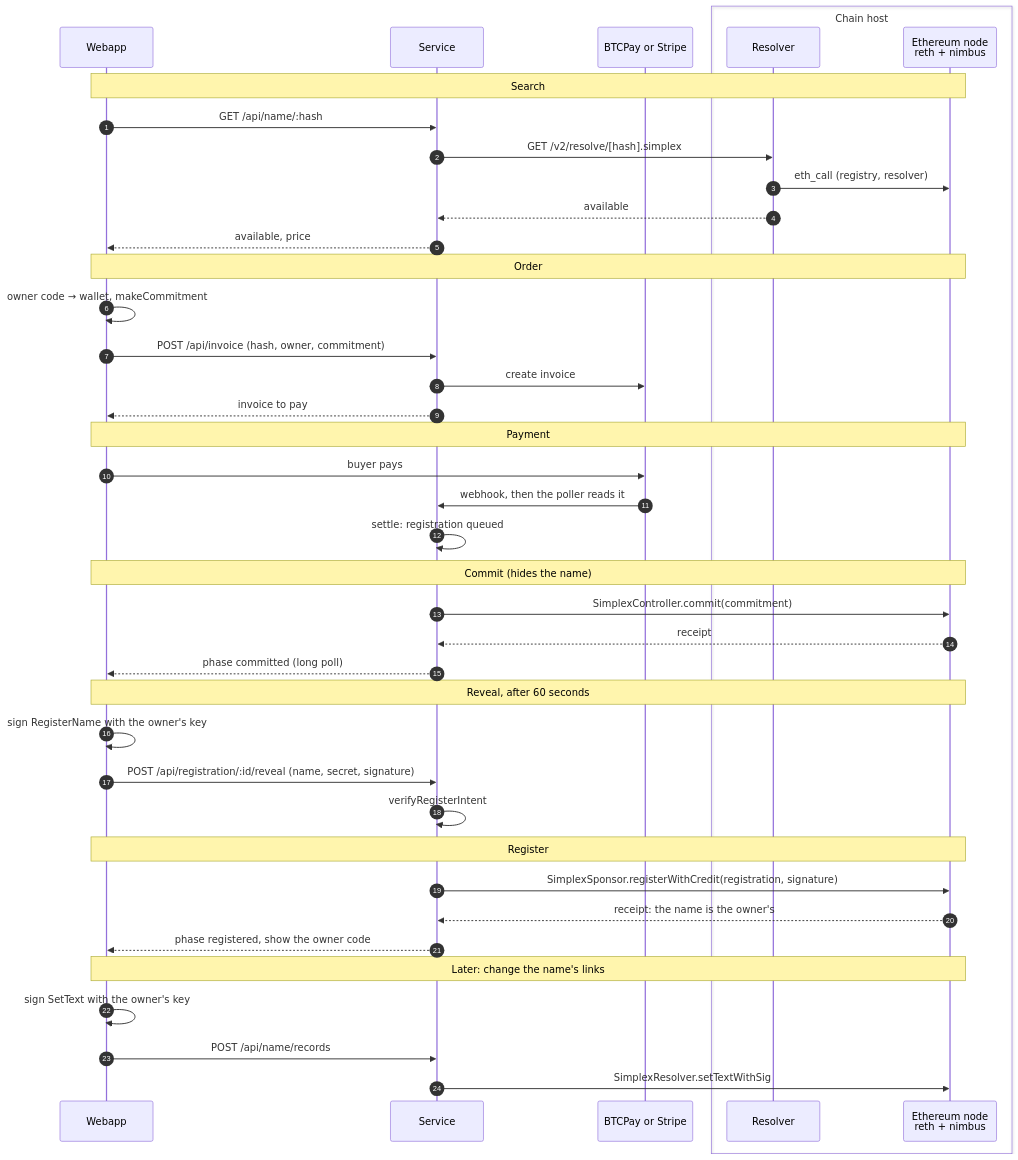
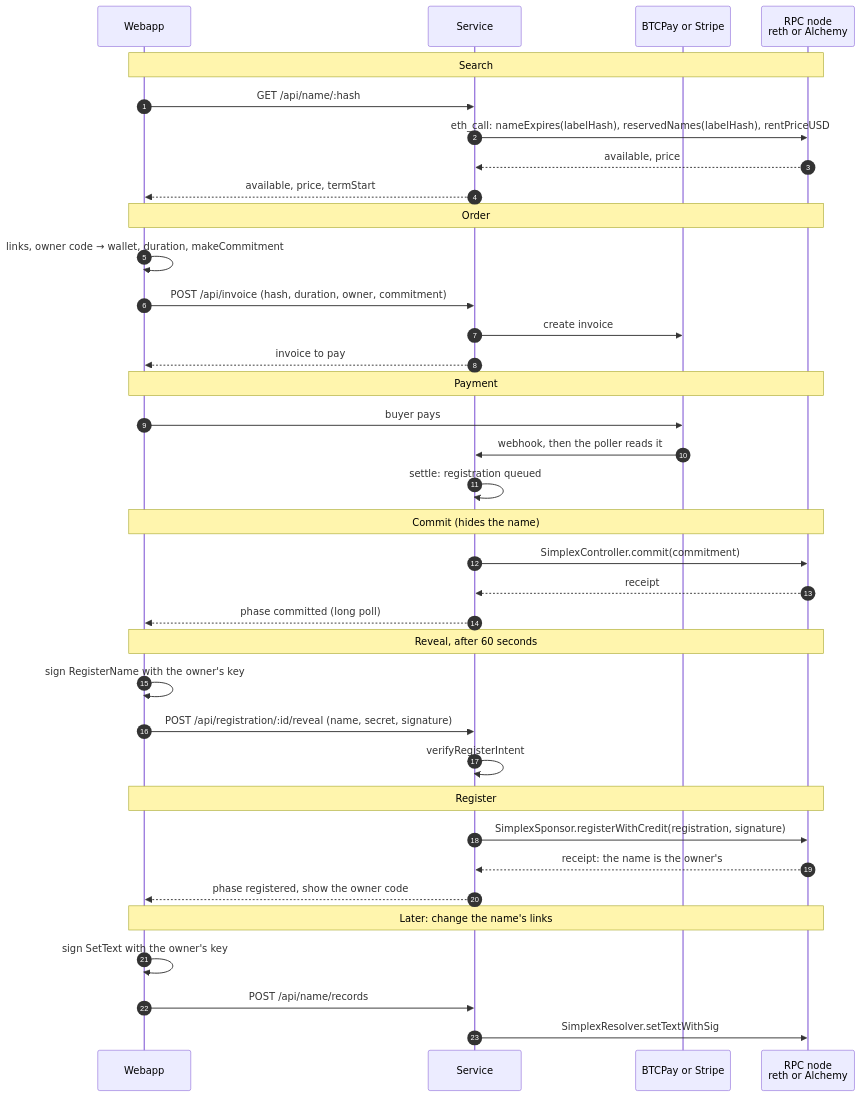
Before and after one commit to simplex-chat/simplex-chat: the first of 20 diagrams in plans/names-codes/2026-10-13-names-sequence.md, drawn with Mermaid. The commit also changed other lines of this file and 2 other files, not shown here.

Commit message:
plans: names docs follow the store API

````diff
--- a/plans/names-codes/2026-10-13-names-sequence.md
+++ b/plans/names-codes/2026-10-13-names-sequence.md
@@ -17,49 +18,45 @@
 ```mermaid
 sequenceDiagram
   autonumber
   participant W as Webapp
   participant S as Service
   participant P as BTCPay or Stripe
-  box Chain host
-    participant R as Resolver
-    participant E as Ethereum node<br/>reth + nimbus
-  end
+  participant E as RPC node<br/>reth or Alchemy
 
   Note over W,E: Search
   W->>S: GET /api/name/:hash
-  S->>R: GET /v2/resolve/[hash].simplex
-  R->>E: eth_call (registry, resolver)
-  R-->>S: available
-  S-->>W: available, price
+  S->>E: eth_call: nameExpires(labelHash), reservedNames(labelHash), rentPriceUSD
+  E-->>S: available, price
+  S-->>W: available, price, termStart
 
   Note over W,E: Order
-  W->>W: owner code → wallet, makeCommitment
-  W->>S: POST /api/invoice (hash, owner, commitment)
+  W->>W: links, owner code → wallet, duration, makeCommitment
+  W->>S: POST /api/invoice (hash, duration, owner, commitment)
   S->>P: create invoice
   S-->>W: invoice to pay
 
   Note over W,E: Payment
   W->>P: buyer pays
   P->>S: webhook, then the poller reads it
   S->>S: settle: registration queued
 
   Note over W,E: Commit (hides the name)
   S->>E: SimplexController.commit(commitment)
   E-->>S: receipt
   S-->>W: phase committed (long poll)
 
   Note over W,E: Reveal, after 60 seconds
   W->>W: sign RegisterName with the owner's key
   W->>S: POST /api/registration/:id/reveal (name, secret, signature)
   S->>S: verifyRegisterIntent
 
   Note over W,E: Register
   S->>E: SimplexSponsor.registerWithCredit(registration, signature)
   E-->>S: receipt: the name is the owner's
   S-->>W: phase registered, show the owner code
 
   Note over W,E: Later: change the name's links
   W->>W: sign SetText with the owner's key
   W->>S: POST /api/name/records
   S->>E: SimplexResolver.setTextWithSig
 ```
````
